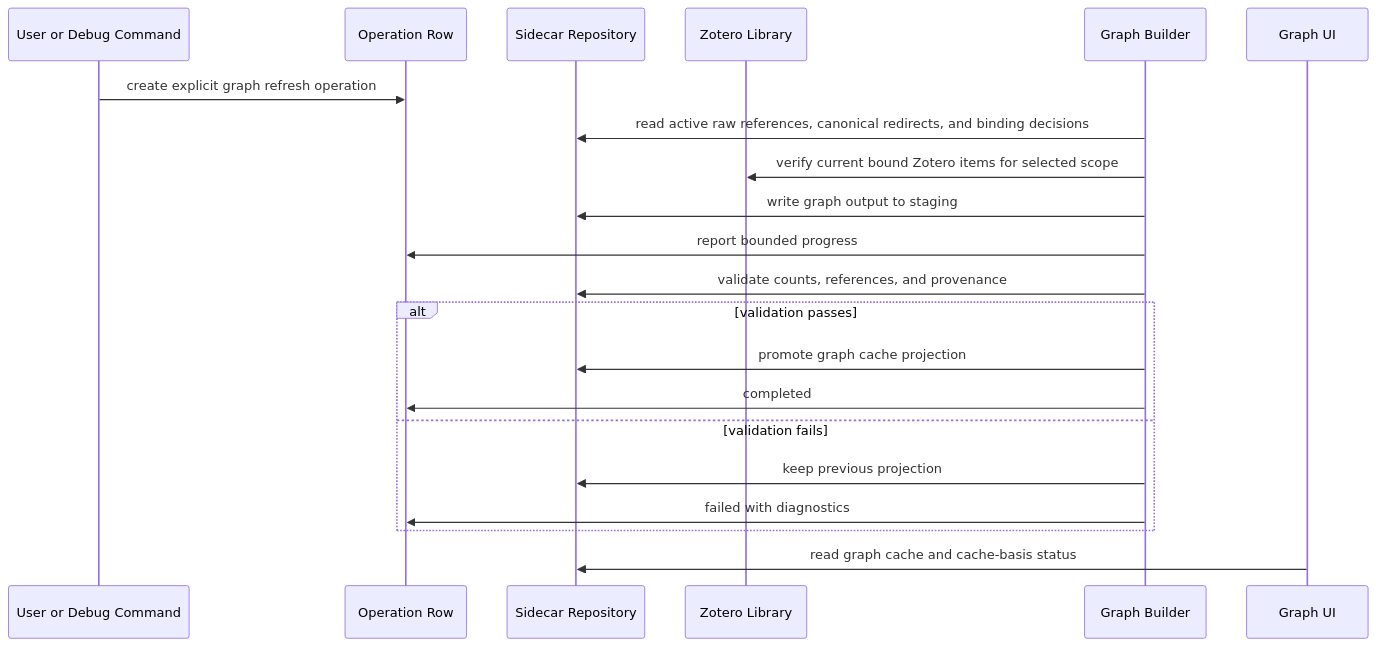
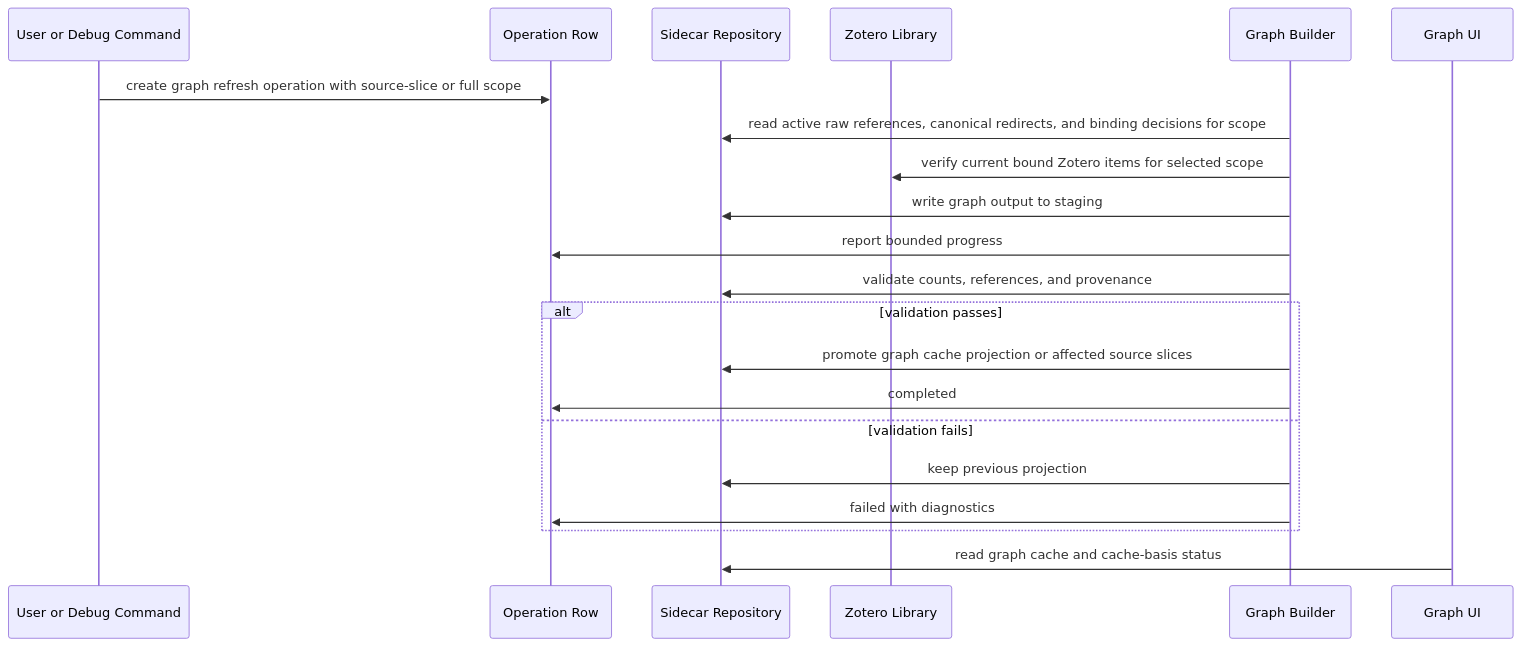
Before and after one commit to leike0813/zotero-agents: the fifth of 8 diagrams in doc/synthesis-layer/sequences.md, drawn with Mermaid. The commit also changed other lines of this file and 295 other files, not shown here.

````diff
--- a/doc/synthesis-layer/sequences.md
+++ b/doc/synthesis-layer/sequences.md
@@ -139,24 +139,24 @@
 ```mermaid
 sequenceDiagram
   participant U as User or Debug Command
   participant O as Operation Row
   participant S as Sidecar Repository
   participant Z as Zotero Library
   participant G as Graph Builder
   participant UI as Graph UI
 
-  U->>O: create explicit graph refresh operation
-  G->>S: read active raw references, canonical redirects, and binding decisions
+  U->>O: create graph refresh operation with source-slice or full scope
+  G->>S: read active raw references, canonical redirects, and binding decisions for scope
   G->>Z: verify current bound Zotero items for selected scope
   G->>S: write graph output to staging
   G->>O: report bounded progress
   G->>S: validate counts, references, and provenance
   alt validation passes
-    G->>S: promote graph cache projection
+    G->>S: promote graph cache projection or affected source slices
     G->>O: completed
   else validation fails
     G->>S: keep previous projection
     G->>O: failed with diagnostics
   end
   UI->>S: read graph cache and cache-basis status
 ```
````
